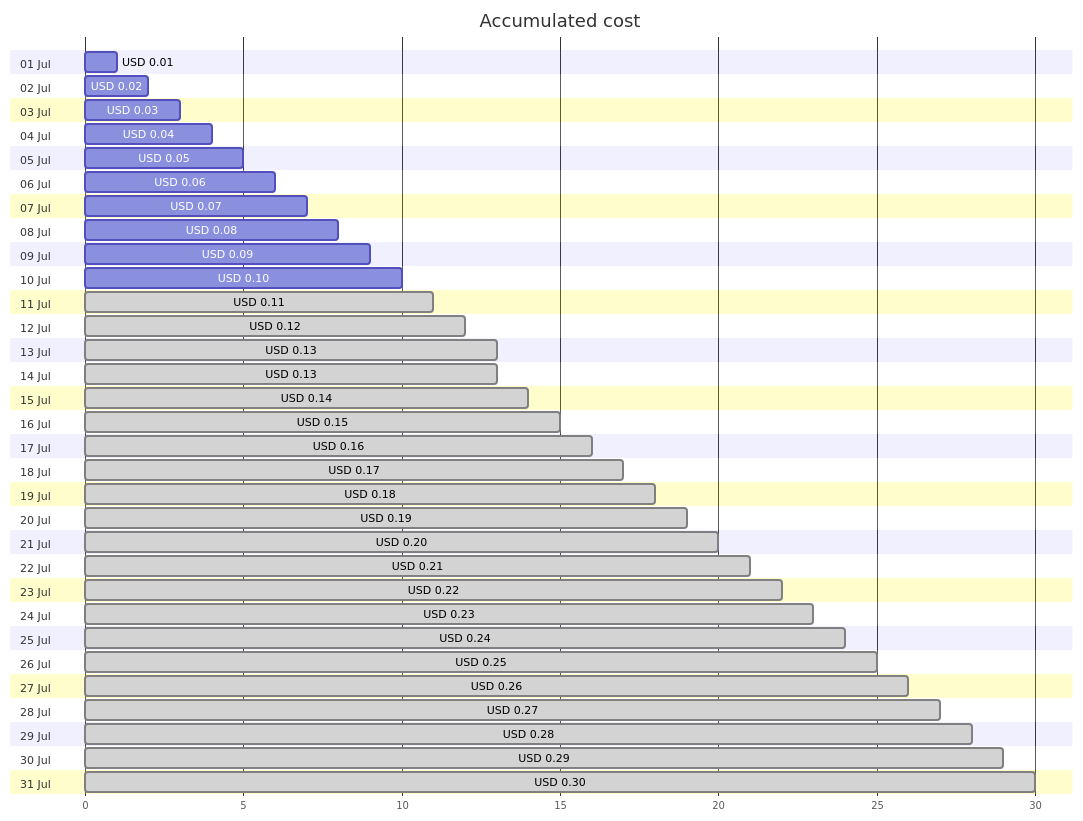
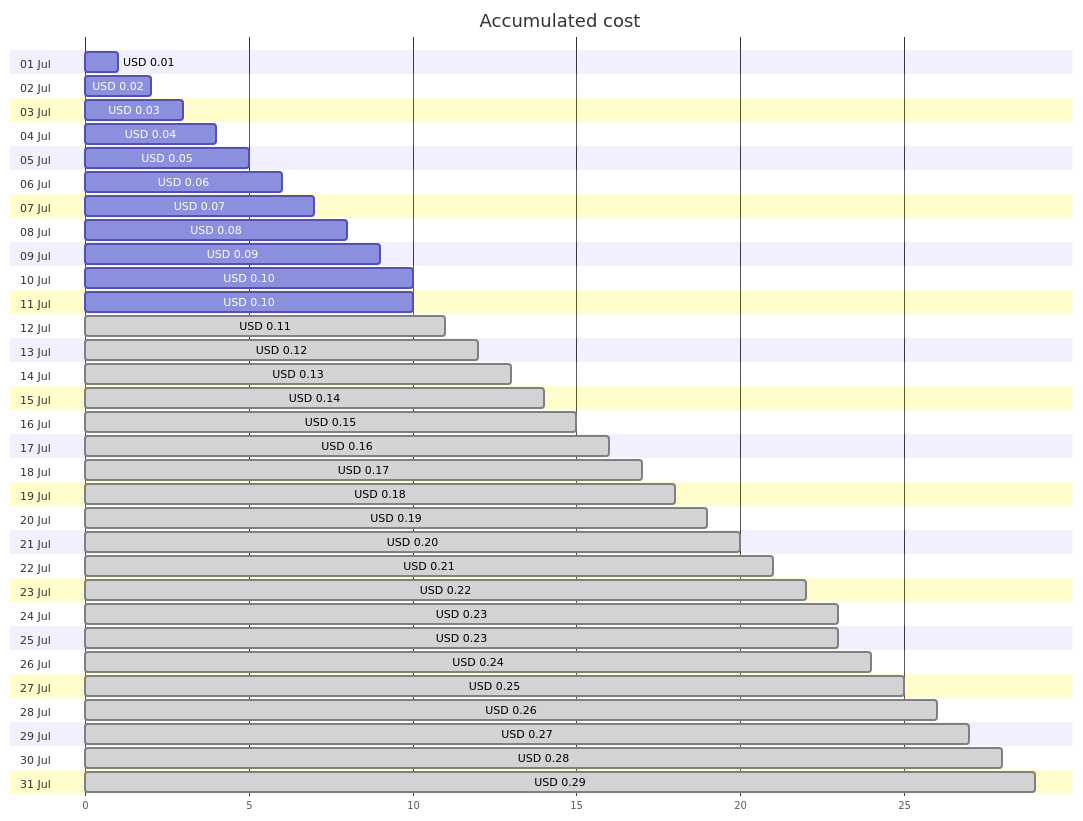
One commit to jpfulton/azure-personal-reports changed the first of 4 diagrams in cost-reports/cloud-shell-storage-eastus/cs2100300008c8d894b.md. Above: the diagram before and after it, drawn with Mermaid. The commit also changed other lines of this file and 1 other file, not shown here.

````diff
--- a/cost-reports/cloud-shell-storage-eastus/cs2100300008c8d894b.md
+++ b/cost-reports/cloud-shell-storage-eastus/cs2100300008c8d894b.md
@@ -20,68 +20,68 @@
 ```mermaid
 gantt
    title Accumulated cost
    dateFormat  X
    axisFormat %s
    section 01 Jul
    USD 0.01 :0, 1
    section 02 Jul
    USD 0.02 :0, 2
    section 03 Jul
    USD 0.03 :0, 3
    section 04 Jul
    USD 0.04 :0, 4
    section 05 Jul
    USD 0.05 :0, 5
    section 06 Jul
    USD 0.06 :0, 6
    section 07 Jul
    USD 0.07 :0, 7
    section 08 Jul
    USD 0.08 :0, 8
    section 09 Jul
    USD 0.09 :0, 9
    section 10 Jul
    USD 0.10 :0, 10
    section 11 Jul
+   USD 0.10 :0, 10
+   section 12 Jul
    USD 0.11 : done, 0, 11
-   section 12 Jul
+   section 13 Jul
    USD 0.12 : done, 0, 12
-   section 13 Jul
-   USD 0.13 : done, 0, 13
    section 14 Jul
    USD 0.13 : done, 0, 13
    section 15 Jul
    USD 0.14 : done, 0, 14
    section 16 Jul
    USD 0.15 : done, 0, 15
    section 17 Jul
    USD 0.16 : done, 0, 16
    section 18 Jul
    USD 0.17 : done, 0, 17
    section 19 Jul
    USD 0.18 : done, 0, 18
    section 20 Jul
    USD 0.19 : done, 0, 19
    section 21 Jul
    USD 0.20 : done, 0, 20
    section 22 Jul
    USD 0.21 : done, 0, 21
    section 23 Jul
    USD 0.22 : done, 0, 22
    section 24 Jul
    USD 0.23 : done, 0, 23
    section 25 Jul
+   USD 0.23 : done, 0, 23
+   section 26 Jul
    USD 0.24 : done, 0, 24
-   section 26 Jul
+   section 27 Jul
    USD 0.25 : done, 0, 25
-   section 27 Jul
+   section 28 Jul
    USD 0.26 : done, 0, 26
-   section 28 Jul
+   section 29 Jul
    USD 0.27 : done, 0, 27
-   section 29 Jul
+   section 30 Jul
    USD 0.28 : done, 0, 28
-   section 30 Jul
+   section 31 Jul
    USD 0.29 : done, 0, 29
-   section 31 Jul
-   USD 0.30 : done, 0, 30
 ```
````
